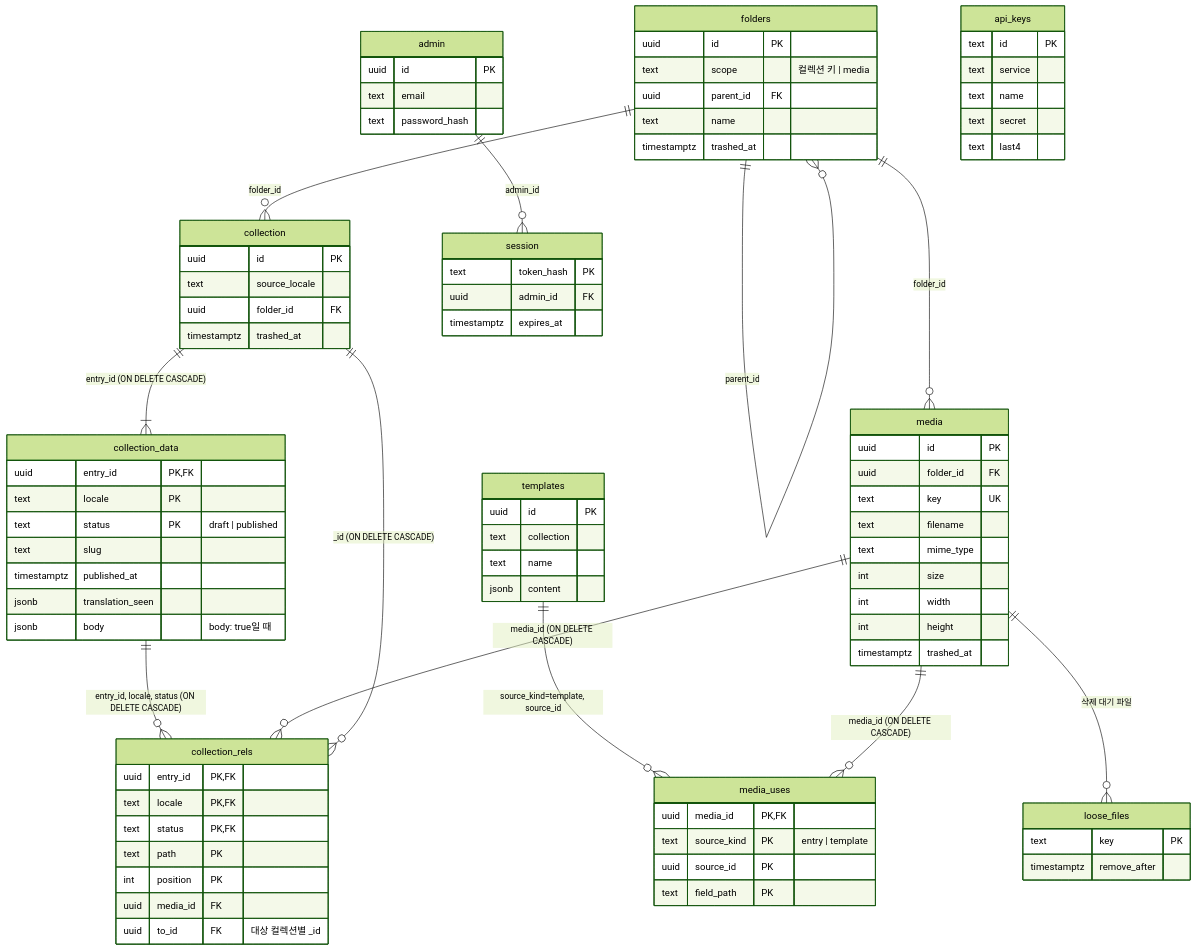
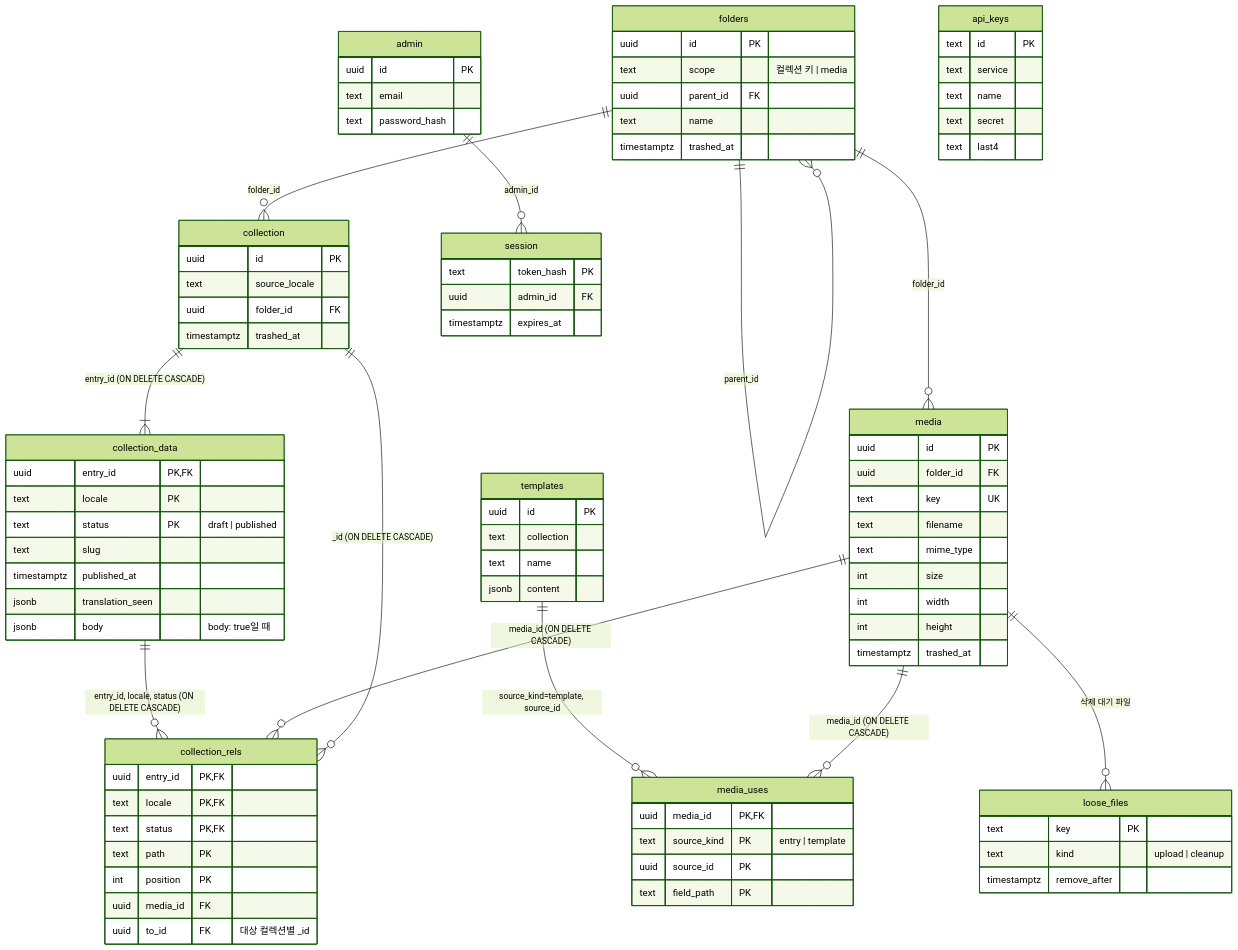
One commit to monti-cms/monti changed the second of 2 diagrams in docs/refactor/core.md. Above: the diagram before and after it, drawn with Mermaid (forest theme). The commit also changed other lines of this file and 1 other file, not shown here.

Commit message:
docs(core): document loose_files.kind column in DB-SCH-1.5 and core.md

```diff
--- a/docs/refactor/core.md
+++ b/docs/refactor/core.md
@@ -278,6 +278,7 @@
 
   loose_files {
     text key PK
+    text kind "upload | cleanup"
     timestamptz remove_after
   }
 
```
